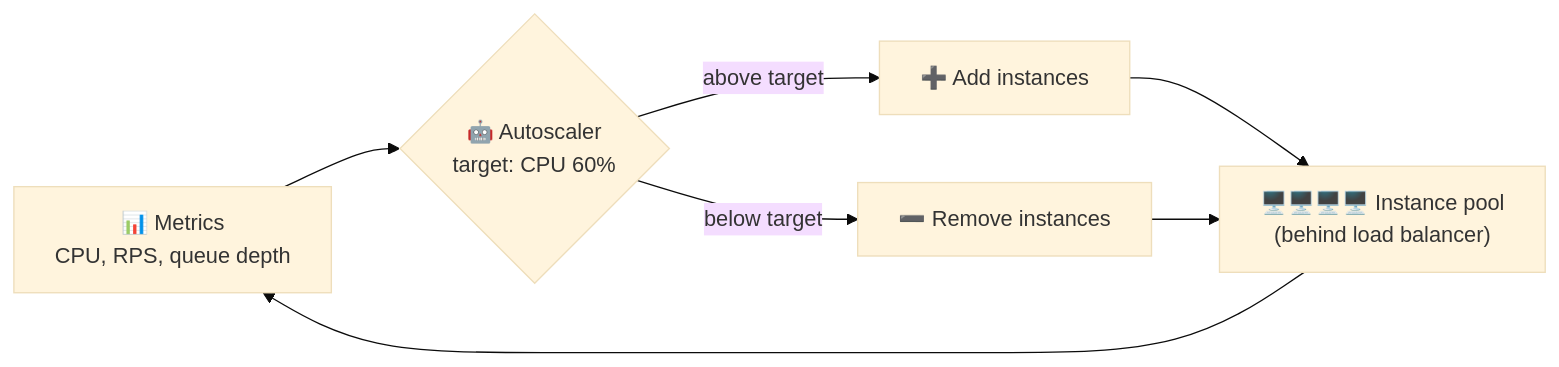
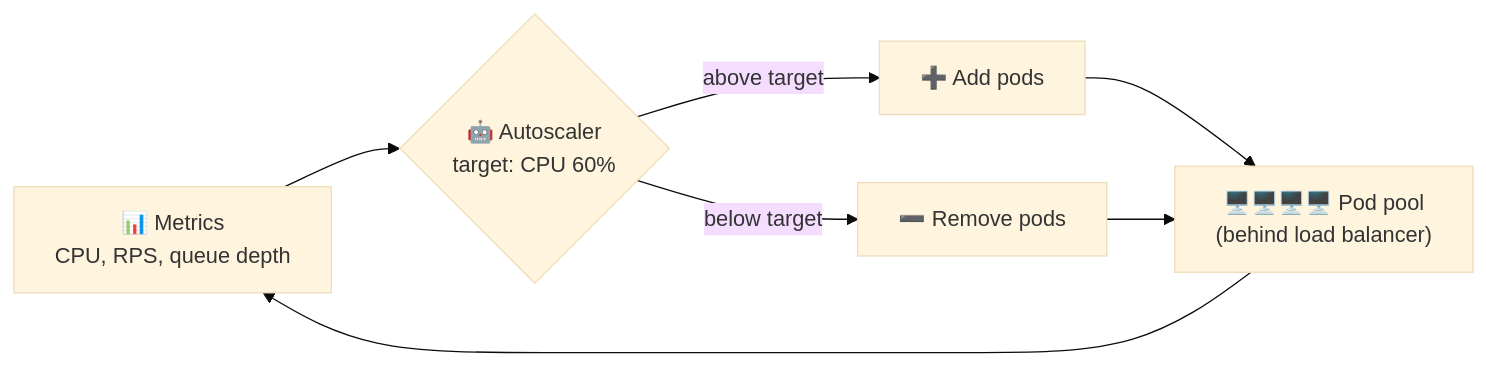
The diagram in phases/03-scaling-basics/025-autoscaling-and-containers.md (winnyboy5/System-Design-from-Atoms), drawn with Mermaid (base theme) before and after one commit. The commit also changed other lines of this file and 9 other files, not shown here.

````diff
--- a/phases/03-scaling-basics/025-autoscaling-and-containers.md
+++ b/phases/03-scaling-basics/025-autoscaling-and-containers.md
@@ -28,9 +36,9 @@
 ```mermaid
 flowchart LR
     M["📊 Metrics<br/>CPU, RPS, queue depth"] --> AS{"🤖 Autoscaler<br/>target: CPU 60%"}
-    AS -->|"above target"| UP["➕ Add instances"]
-    AS -->|"below target"| DOWN["➖ Remove instances"]
-    UP --> POOL["🖥️🖥️🖥️🖥️ Instance pool<br/>(behind load balancer)"]
+    AS -->|"above target"| UP["➕ Add pods"]
+    AS -->|"below target"| DOWN["➖ Remove pods"]
+    UP --> POOL["🖥️🖥️🖥️🖥️ Pod pool<br/>(behind load balancer)"]
     DOWN --> POOL
     POOL --> M
 ```
````
